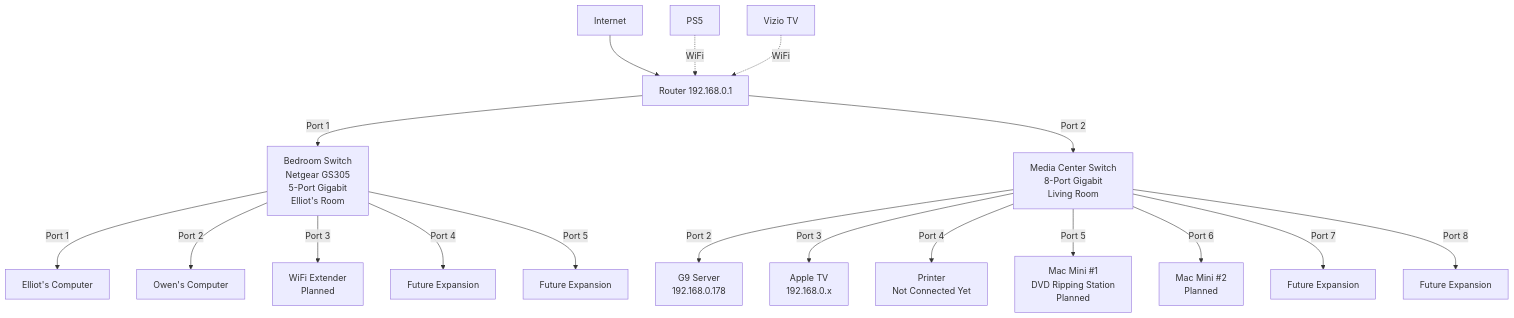
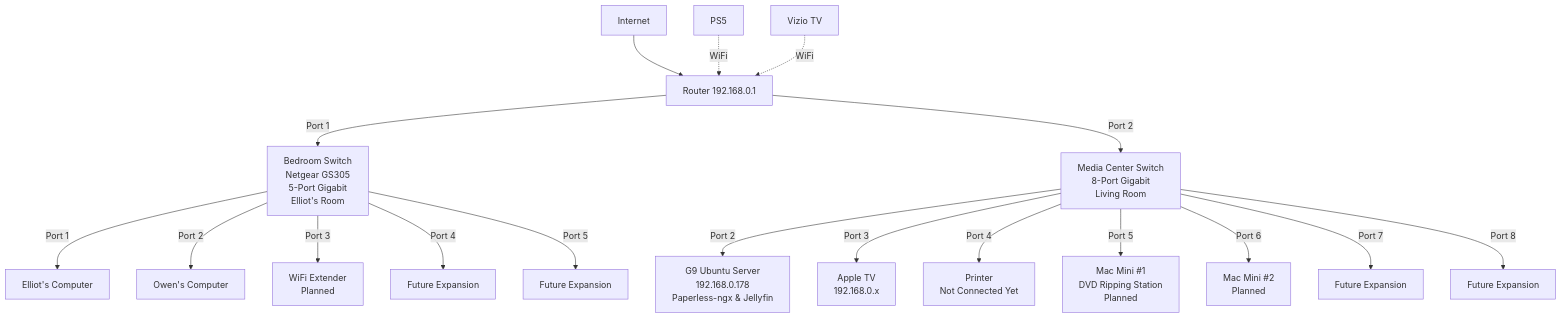
Before and after one commit to HoundStir1007/g9-cd-archiver: the diagram in network_configuration.md, drawn with Mermaid. The commit also changed other lines of this file and 9 other files, not shown here.

````diff
--- a/network_configuration.md
+++ b/network_configuration.md
@@ -13,29 +13,29 @@
 ```mermaid
 graph TD
     %% Internet and Router
     A[Internet] --> B[Router 192.168.0.1]
     
     %% Router's Two Ports - Direct to Switches
     B -->|Port 1| L[Bedroom Switch<br/>Netgear GS305<br/>5-Port Gigabit<br/>Elliot's Room]
     B -->|Port 2| J[Media Center Switch<br/>8-Port Gigabit<br/>Living Room]
     
     %% Media Center Switch (8-Port) Connections
-    J -->|Port 2| M[G9 Server<br/>192.168.0.178]
+    J -->|Port 2| M[G9 Ubuntu Server<br/>192.168.0.178<br/>Paperless-ngx & Jellyfin]
     J -->|Port 3| N[Apple TV<br/>192.168.0.x]
     J -->|Port 4| O[Printer<br/>Not Connected Yet]
     J -->|Port 5| P[Mac Mini #1<br/>DVD Ripping Station<br/>Planned]
     J -->|Port 6| Q[Mac Mini #2<br/>Planned]
     J -->|Port 7| R[Future Expansion]
     J -->|Port 8| S[Future Expansion]
     
     %% Bedroom Switch (5-Port) Connections
     L -->|Port 1| T[Elliot's Computer]
     L -->|Port 2| U[Owen's Computer]
     L -->|Port 3| V[WiFi Extender<br/>Planned]
     L -->|Port 4| W[Future Expansion]
     L -->|Port 5| X[Future Expansion]
     
     %% Wireless Devices
     Y[PS5] -.->|WiFi| B
     Z[Vizio TV] -.->|WiFi| B
 ```
````
